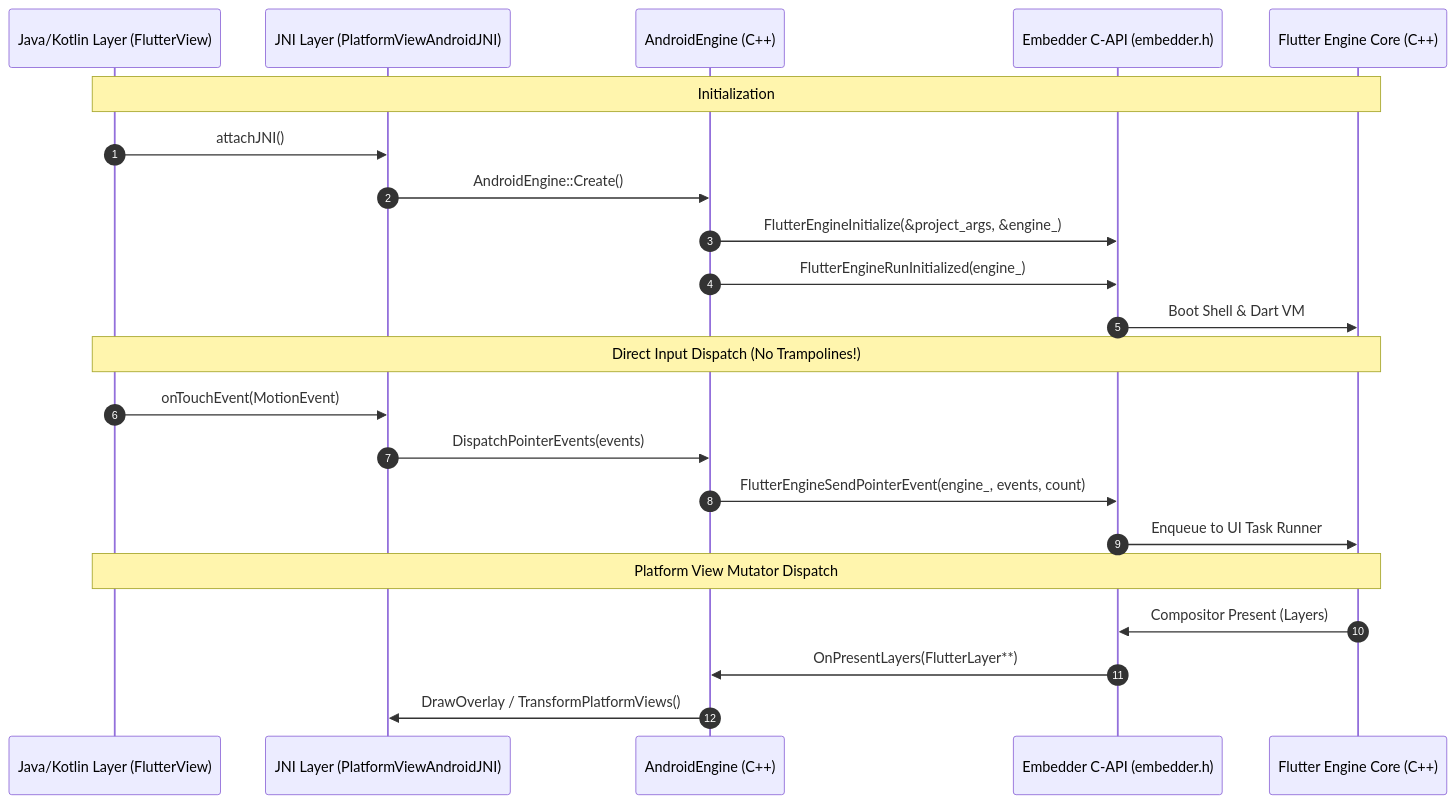
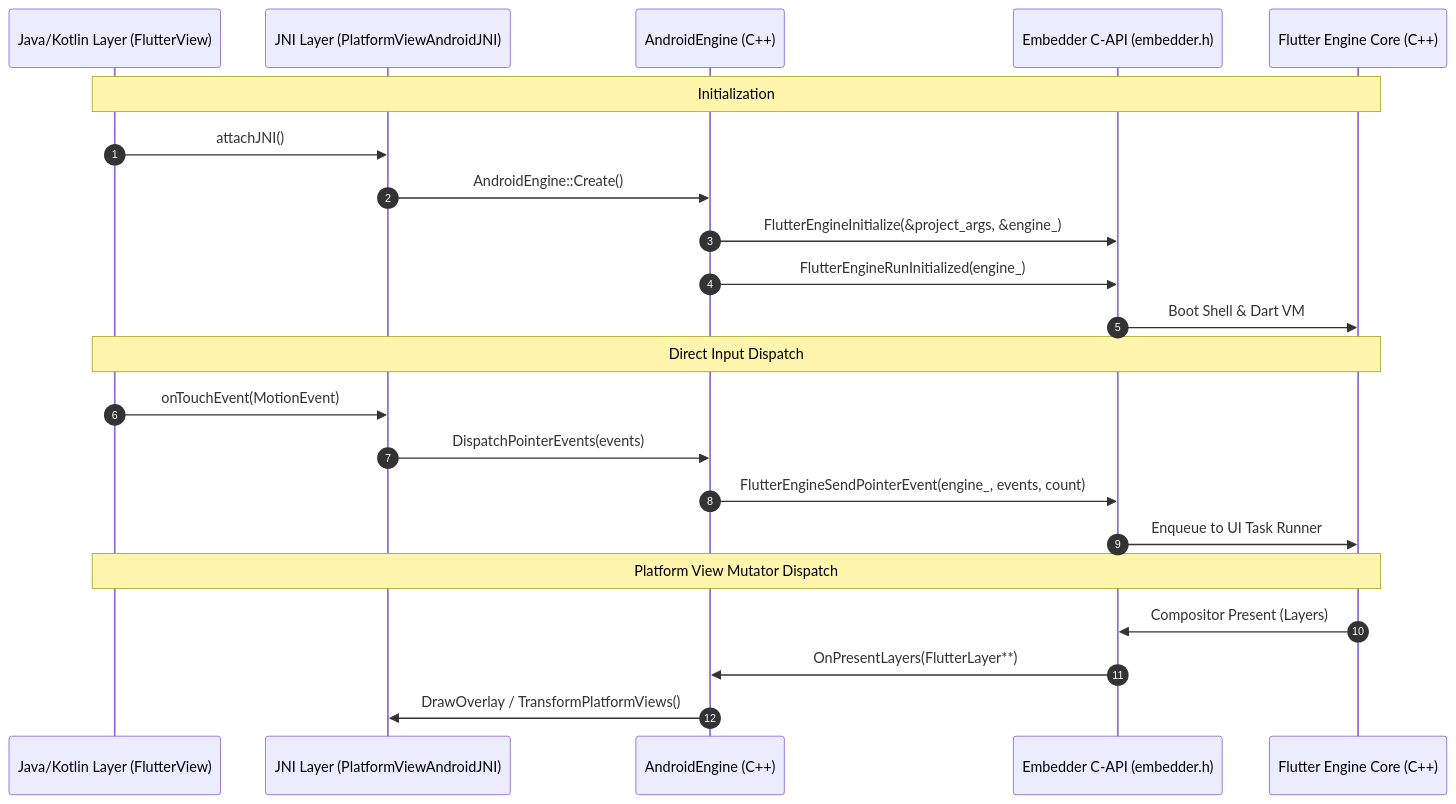
Before and after one commit to mboetger/rfc: the third of 3 diagrams in rfc/410.0000-flutter-android-embedder-c-api-migration.md, drawn with Mermaid. The commit also changed other lines of this file, not shown here.

````diff
--- a/rfc/410.0000-flutter-android-embedder-c-api-migration.md
+++ b/rfc/410.0000-flutter-android-embedder-c-api-migration.md
@@ -471,27 +446,27 @@
 ```mermaid
 sequenceDiagram
     autonumber
     participant Java as Java/Kotlin Layer (FlutterView)
     participant JNI as JNI Layer (PlatformViewAndroidJNI)
     participant Host as AndroidEngine (C++)
     participant CAPI as Embedder C-API (embedder.h)
     participant Engine as Flutter Engine Core (C++)
 
     Note over Java,Engine: Initialization
     Java->>JNI: attachJNI()
     JNI->>Host: AndroidEngine::Create()
     Host->>CAPI: FlutterEngineInitialize(&project_args, &engine_)
     Host->>CAPI: FlutterEngineRunInitialized(engine_)
     CAPI->>Engine: Boot Shell & Dart VM
 
-    Note over Java,Engine: Direct Input Dispatch (No Trampolines!)
+    Note over Java,Engine: Direct Input Dispatch
     Java->>JNI: onTouchEvent(MotionEvent)
     JNI->>Host: DispatchPointerEvents(events)
     Host->>CAPI: FlutterEngineSendPointerEvent(engine_, events, count)
     CAPI->>Engine: Enqueue to UI Task Runner
 
     Note over Java,Engine: Platform View Mutator Dispatch
     Engine->>CAPI: Compositor Present (Layers)
     CAPI->>Host: OnPresentLayers(FlutterLayer**)
     Host->>JNI: DrawOverlay / TransformPlatformViews()
 ```
````
